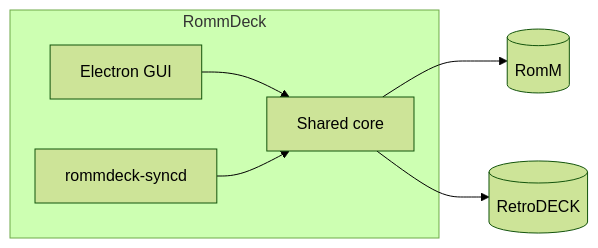
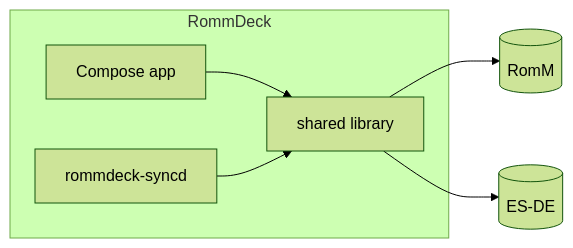
Before and after one commit to shenoyranjith/rommdeck: the diagram in README.md, drawn with Mermaid (forest theme). The commit also changed other lines of this file and 121 other files, not shown here.

First line of the commit message:
Remove the Electron/Node stack and document Kotlin as the sole app.

````diff
--- a/README.md
+++ b/README.md
@@ -50,15 +55,15 @@
 ```mermaid
 flowchart LR
   subgraph app [RommDeck]
-    GUI[Electron GUI]
+    Client[Compose app]
     Syncd[rommdeck-syncd]
-    Core[Shared core]
+    Shared[shared library]
   end
   RomM[(RomM)]
-  RD[(RetroDECK)]
+  ESDE[(ES-DE)]
 
-  GUI --> Core
-  Syncd --> Core
-  Core --> RomM
-  Core --> RD
+  Client --> Shared
+  Syncd --> Shared
+  Shared --> RomM
+  Shared --> ESDE
 ```
````
